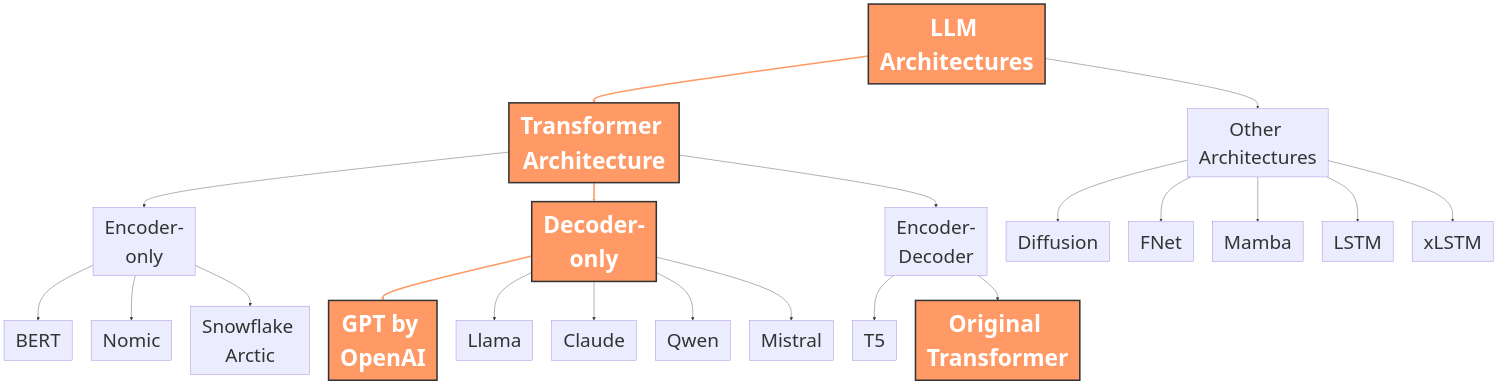
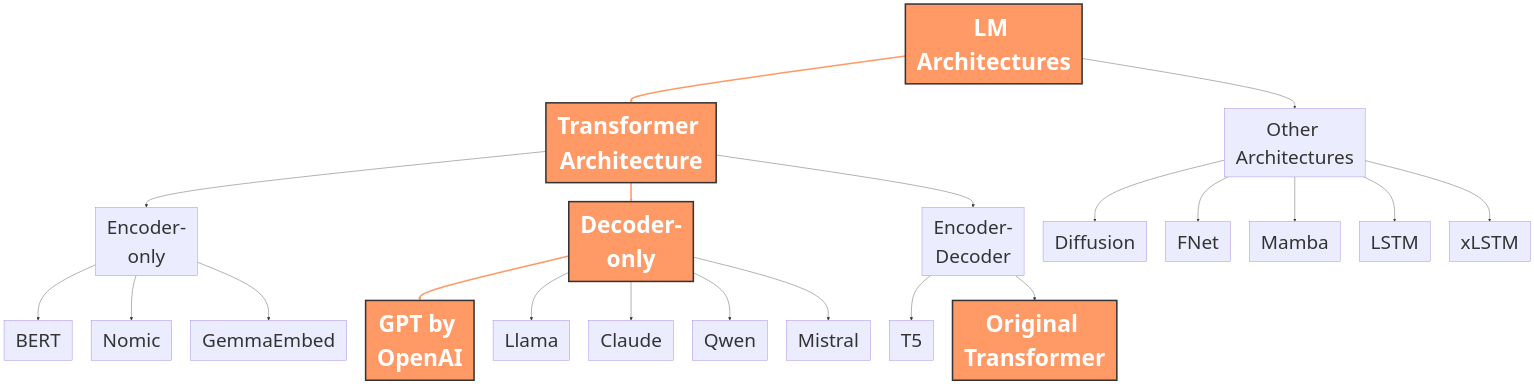
The diagram in slides.md (aarmn/llm-literacy-for-programmers-a-tool-oriented-approach), drawn with Mermaid before and after one commit. The commit also changed other lines of this file and 17 other files, not shown here.

````diff
--- a/slides.md
+++ b/slides.md
@@ -271,34 +496,34 @@
 ```mermaid
 graph TD
-    A[LLM Architectures] --> B[Transformer Architecture]
+    A[LM Architectures] --> B[Transformer Architecture]
     A --> C[Other Architectures]
     
     B --> D[Encoder-only]
     B --> E[Decoder-only]
     B --> F[Encoder-Decoder]
     
     D --> G[BERT]
     D --> V[Nomic]
-    D --> W[Snowflake Arctic]
+    D --> W[GemmaEmbed]
     
     E --> H[<b>GPT by OpenAI</b>]
     E --> I[Llama]
     E --> J[Claude]
     E --> K[Qwen]
     E --> L[Mistral]
     
     F --> N[T5]
     F --> U[Original Transformer]
     
     C --> O[Diffusion]
     C --> P[FNet]
     C --> Q[Mamba]
     C --> R[LSTM]
     C --> S[xLSTM]
     
     classDef highlight fill:#f96,stroke:#333,stroke-width:4px,color:white,font-weight:bold,font-size:60px;
     classDef normal font-size:50px;
     class A,B,E,H,U highlight;
     class C,D,F,G,I,J,K,L,N,O,P,Q,R,S,T,V,W normal;
     linkStyle 0,3,8 stroke:#f96,stroke-width:4px;
 ```
````
